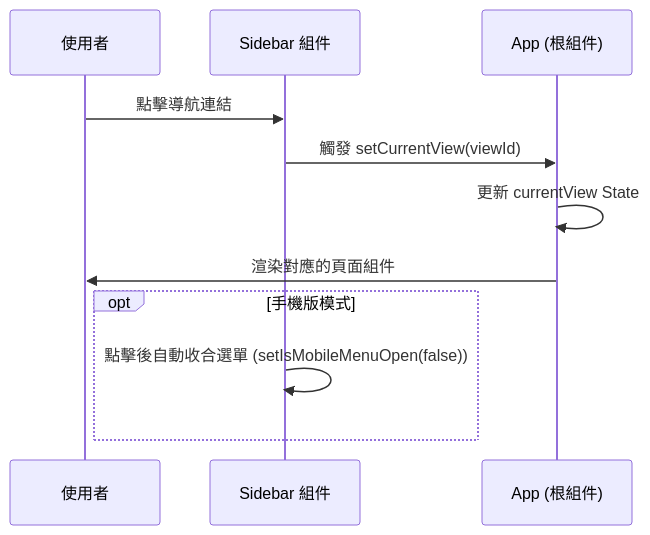
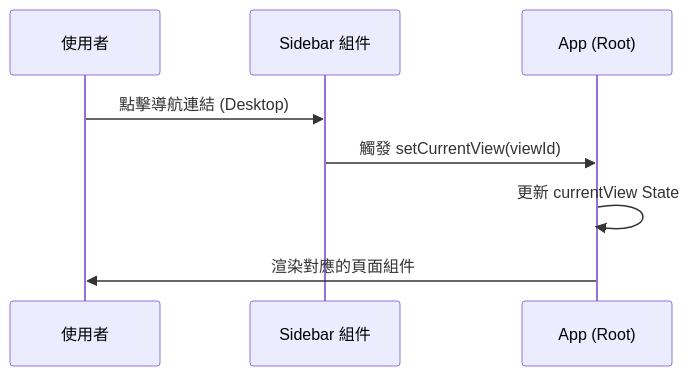
Before and after one commit to rockzerox/Project-Sekai-Ranking: the diagram in docs/COMPONENT_SIDEBAR.md, drawn with Mermaid. The commit also changed other lines of this file and 26 other files, not shown here.

````diff
--- a/docs/COMPONENT_SIDEBAR.md
+++ b/docs/COMPONENT_SIDEBAR.md
@@ -82,15 +82,11 @@
 ```mermaid
 sequenceDiagram
     participant User as 使用者
     participant Sidebar as Sidebar 組件
-    participant App as App (根組件)
+    participant App as App (Root)
 
-    User->>Sidebar: 點擊導航連結
+    User->>Sidebar: 點擊導航連結 (Desktop)
     Sidebar->>App: 觸發 setCurrentView(viewId)
     App->>App: 更新 currentView State
     App->>User: 渲染對應的頁面組件
-    
-    opt 手機版模式
-        Sidebar->>Sidebar: 點擊後自動收合選單 (setIsMobileMenuOpen(false))
-    end
 ```
````
